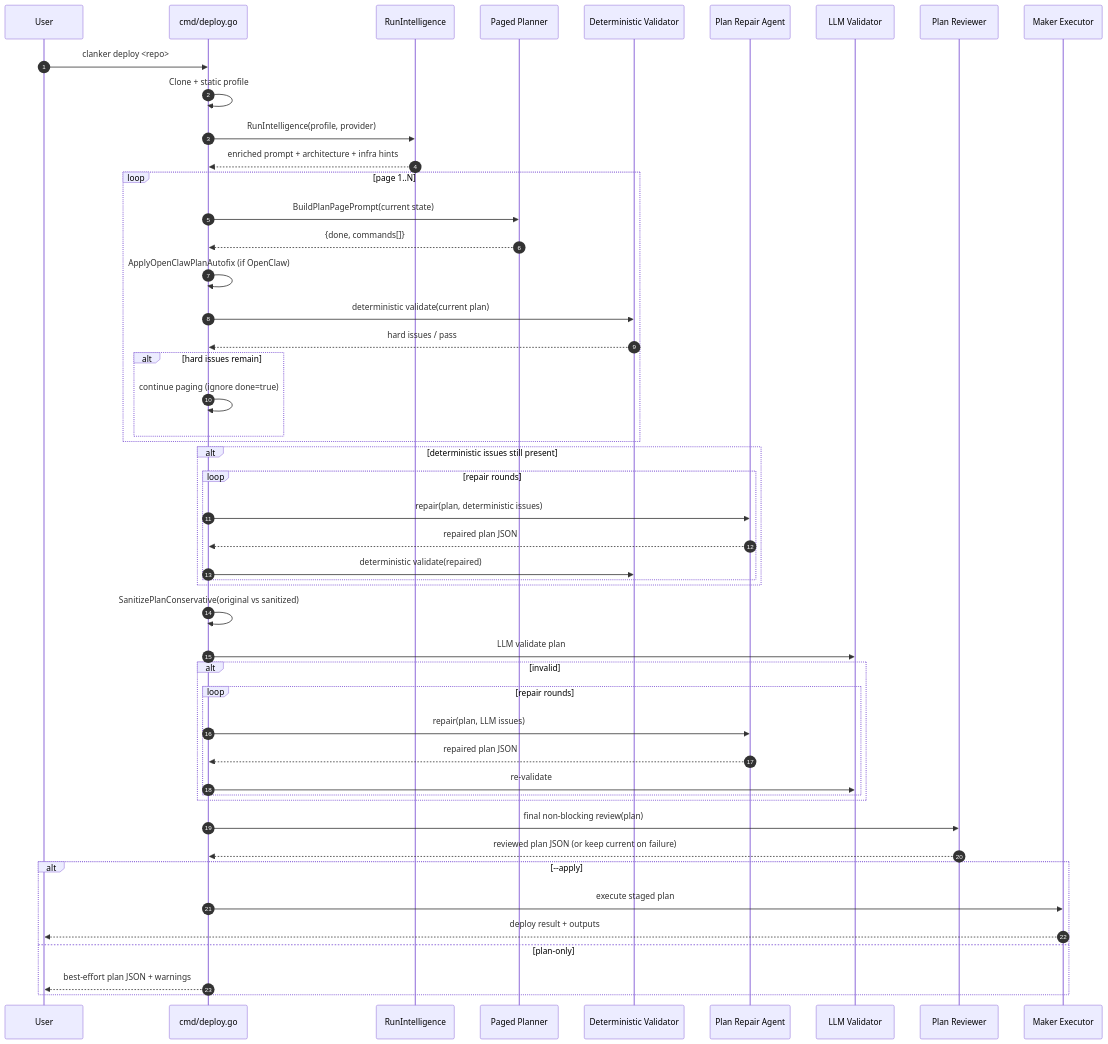
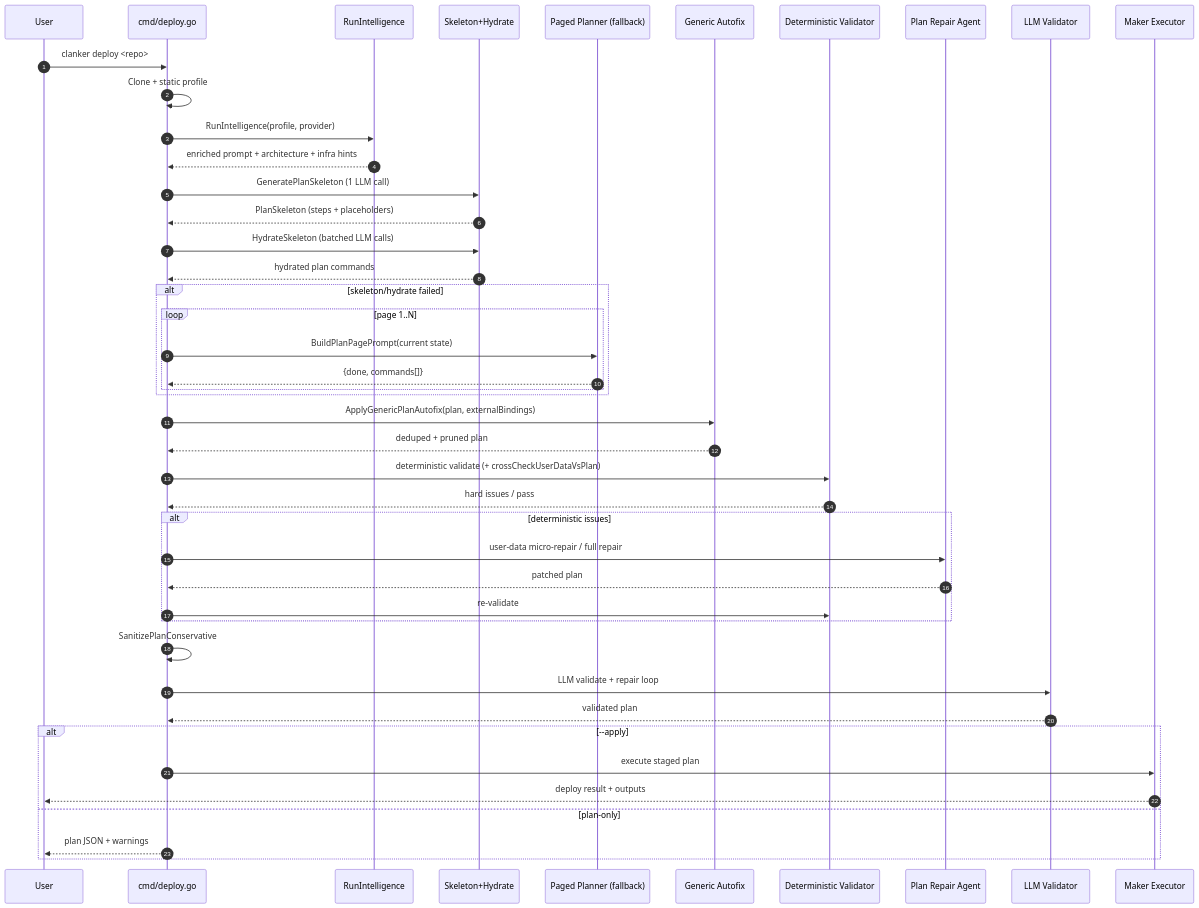
Before and after one commit to bgdnvk/clanker: the diagram in internal/deploy/README.md, drawn with Mermaid. The commit also changed other lines of this file and 9 other files, not shown here.

First line of the commit message:
fix: autofix plan and openclaw better checks for dupe commands (#103)

````diff
--- a/internal/deploy/README.md
+++ b/internal/deploy/README.md
@@ -99,58 +91,55 @@
 ```mermaid
 sequenceDiagram
     autonumber
     participant U as User
     participant C as cmd/deploy.go
     participant I as RunIntelligence
-    participant P as Paged Planner
+    participant S as Skeleton+Hydrate
+    participant P as Paged Planner (fallback)
+    participant A as Generic Autofix
     participant D as Deterministic Validator
     participant R as Plan Repair Agent
     participant V as LLM Validator
-    participant W as Plan Reviewer
     participant E as Maker Executor
 
     U->>C: clanker deploy <repo>
     C->>C: Clone + static profile
     C->>I: RunIntelligence(profile, provider)
     I-->>C: enriched prompt + architecture + infra hints
 
-    loop page 1..N
-      C->>P: BuildPlanPagePrompt(current state)
-      P-->>C: {done, commands[]}
-      C->>C: ApplyOpenClawPlanAutofix (if OpenClaw)
-      C->>D: deterministic validate(current plan)
-      D-->>C: hard issues / pass
-      alt hard issues remain
-        C->>C: continue paging (ignore done=true)
+    C->>S: GeneratePlanSkeleton (1 LLM call)
+    S-->>C: PlanSkeleton (steps + placeholders)
+    C->>S: HydrateSkeleton (batched LLM calls)
+    S-->>C: hydrated plan commands
+
+    alt skeleton/hydrate failed
+      loop page 1..N
+        C->>P: BuildPlanPagePrompt(current state)
+        P-->>C: {done, commands[]}
       end
     end
 
-    alt deterministic issues still present
-      loop repair rounds
-        C->>R: repair(plan, deterministic issues)
-        R-->>C: repaired plan JSON
-        C->>D: deterministic validate(repaired)
-      end
+    C->>A: ApplyGenericPlanAutofix(plan, externalBindings)
+    A-->>C: deduped + pruned plan
+
+    C->>D: deterministic validate (+ crossCheckUserDataVsPlan)
+    D-->>C: hard issues / pass
+
+    alt deterministic issues
+      C->>R: user-data micro-repair / full repair
+      R-->>C: patched plan
+      C->>D: re-validate
     end
 
-    C->>C: SanitizePlanConservative(original vs sanitized)
+    C->>C: SanitizePlanConservative
 
-    C->>V: LLM validate plan
-    alt invalid
-      loop repair rounds
-        C->>R: repair(plan, LLM issues)
-        R-->>C: repaired plan JSON
-        C->>V: re-validate
-      end
-    end
-
-    C->>W: final non-blocking review(plan)
-    W-->>C: reviewed plan JSON (or keep current on failure)
+    C->>V: LLM validate + repair loop
+    V-->>C: validated plan
 
     alt --apply
       C->>E: execute staged plan
       E-->>U: deploy result + outputs
     else plan-only
-      C-->>U: best-effort plan JSON + warnings
+      C-->>U: plan JSON + warnings
     end
 ```
````
